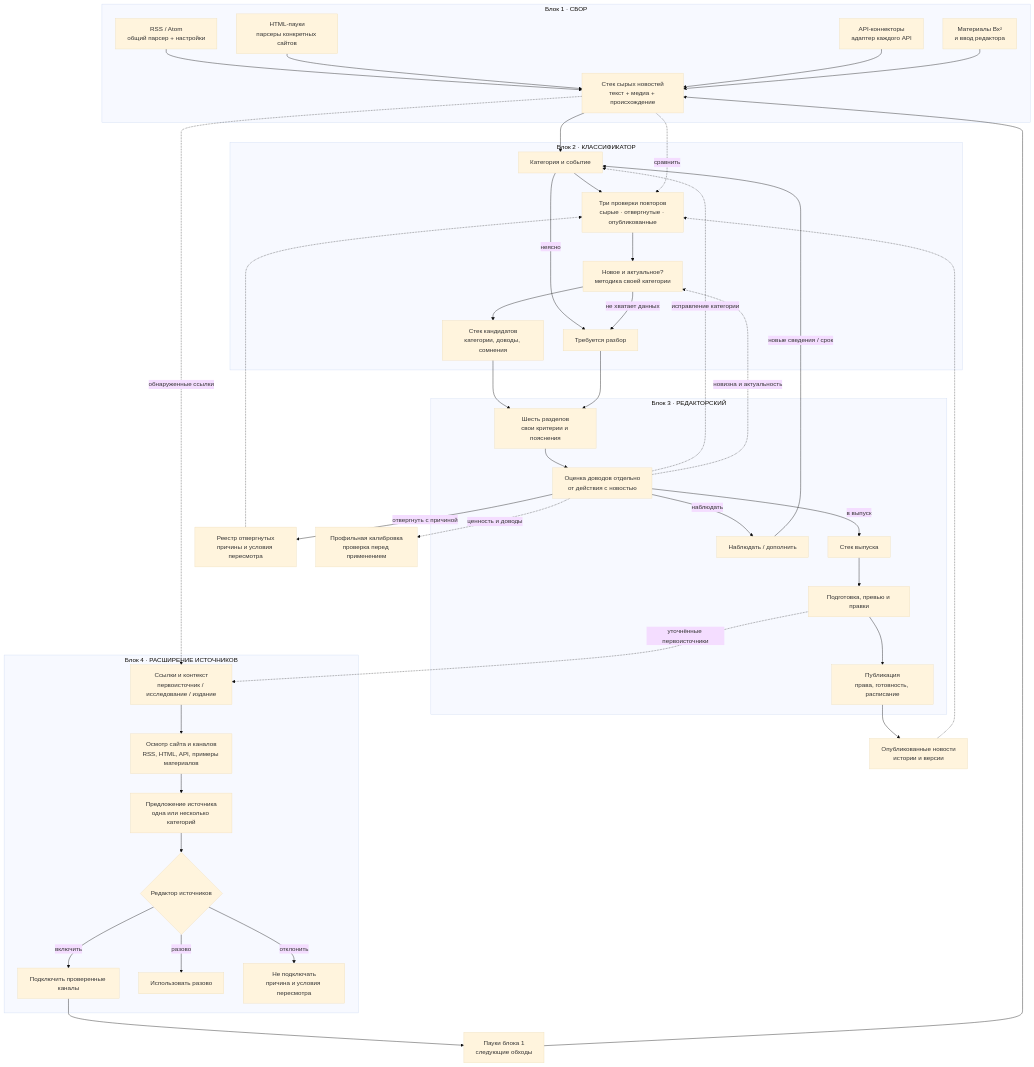
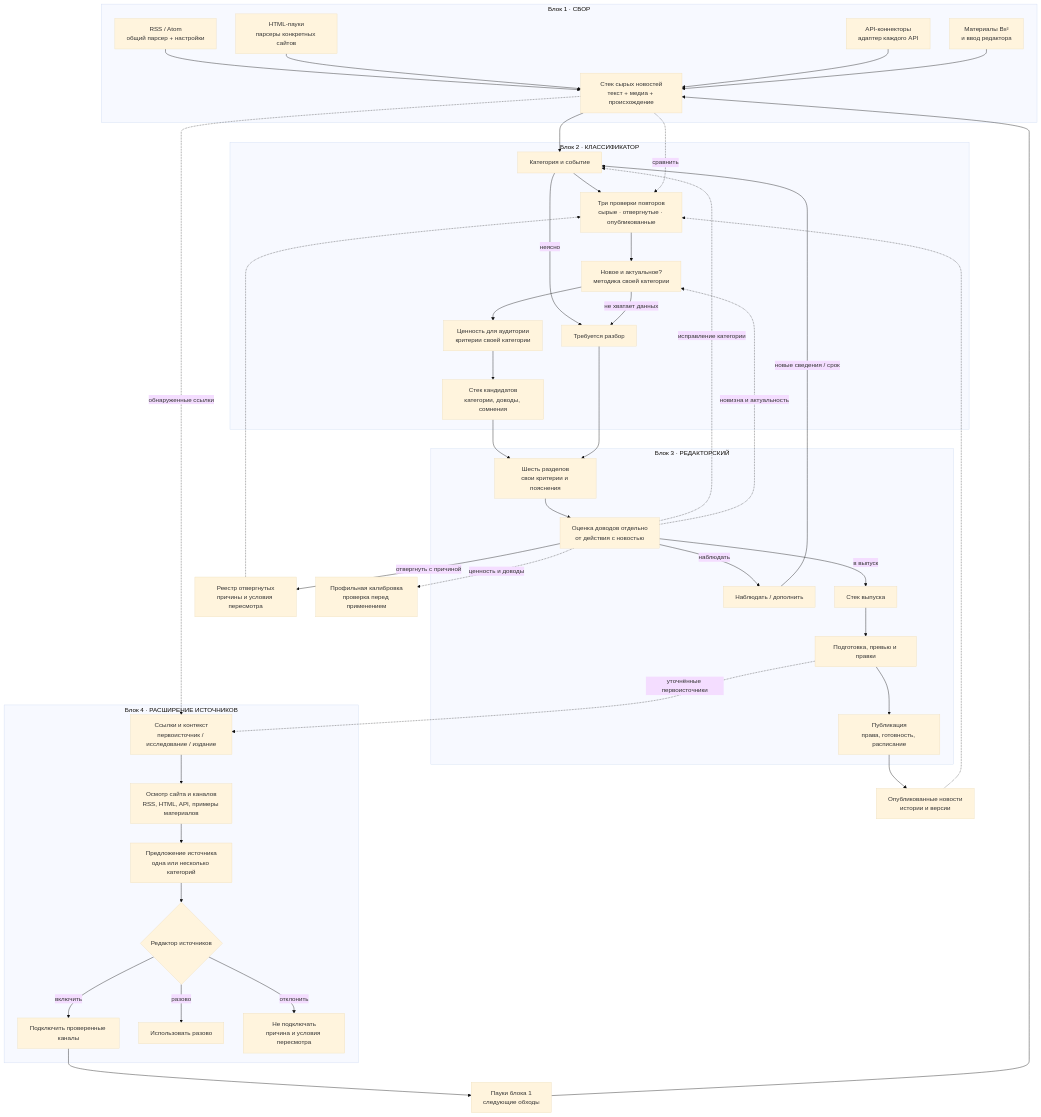
Before and after one commit to softom/2vhutemas2: the diagram in WIKI/Новости — три блока обработки.md, drawn with Mermaid (base theme). The commit also changed other lines of this file and 1 other file, not shown here.

Commit message:
docs: number news pipeline steps and distinguish value assessment

````diff
--- a/WIKI/Новости — три блока обработки.md
+++ b/WIKI/Новости — три блока обработки.md
@@ -15,61 +15,62 @@
 ```mermaid
 flowchart TD
     subgraph B1["Блок 1 · СБОР"]
         R["RSS / Atom<br/>общий парсер + настройки"] --> RAW
         H["HTML-пауки<br/>парсеры конкретных сайтов"] --> RAW
         A["API-коннекторы<br/>адаптер каждого API"] --> RAW
         S["Материалы Вх²<br/>и ввод редактора"] --> RAW
         RAW["Стек сырых новостей<br/>текст + медиа + происхождение"]
     end
     subgraph B2["Блок 2 · КЛАССИФИКАТОР"]
         K["Категория и событие"]
         D["Три проверки повторов<br/>сырые · отвергнутые · опубликованные"]
         F["Новое и актуальное?<br/>методика своей категории"]
         CAND["Стек кандидатов<br/>категории, доводы, сомнения"]
         REVIEW["Требуется разбор"]
-        K --> D --> F --> CAND
+        VALUE["Ценность для аудитории<br/>критерии своей категории"]
+        K --> D --> F --> VALUE --> CAND
         K -->|"неясно"| REVIEW
         F -->|"не хватает данных"| REVIEW
     end
     RAW --> K
     RAW -.->|"сравнить"| D
     REJECT["Реестр отвергнутых<br/>причины и условия пересмотра"] -.-> D
     PUBLIC["Опубликованные новости<br/>истории и версии"] -.-> D
     subgraph B3["Блок 3 · РЕДАКТОРСКИЙ"]
         UI["Шесть разделов<br/>свои критерии и пояснения"]
         J["Оценка доводов отдельно<br/>от действия с новостью"]
         OBS["Наблюдать / дополнить"]
         QUEUE["Стек выпуска"]
         PREP["Подготовка, превью и правки"]
         PUB["Публикация<br/>права, готовность, расписание"]
         UI --> J
         J -->|"в выпуск"| QUEUE --> PREP --> PUB
         J -->|"наблюдать"| OBS
     end
     CAND --> UI
     REVIEW --> UI
     J -->|"отвергнуть с причиной"| REJECT
     OBS -->|"новые сведения / срок"| K
     PUB --> PUBLIC
     J -.->|"исправление категории"| K
     J -.->|"новизна и актуальность"| F
     J -.->|"ценность и доводы"| LEARN["Профильная калибровка<br/>проверка перед применением"]
 
     subgraph B4["Блок 4 · РАСШИРЕНИЕ ИСТОЧНИКОВ"]
         LINKS["Ссылки и контекст<br/>первоисточник / исследование / издание"]
         PROBE["Осмотр сайта и каналов<br/>RSS, HTML, API, примеры материалов"]
         SUGGEST["Предложение источника<br/>одна или несколько категорий"]
         DECIDE{"Редактор источников"}
         ENABLE["Подключить проверенные каналы"]
         ONCE["Использовать разово"]
         DECLINE["Не подключать<br/>причина и условия пересмотра"]
         LINKS --> PROBE --> SUGGEST --> DECIDE
         DECIDE -->|"включить"| ENABLE
         DECIDE -->|"разово"| ONCE
         DECIDE -->|"отклонить"| DECLINE
     end
     RAW -.->|"обнаруженные ссылки"| LINKS
     PREP -.->|"уточнённые первоисточники"| LINKS
     ENABLE --> NEXT["Пауки блока 1<br/>следующие обходы"]
     NEXT --> RAW
 ```
````
